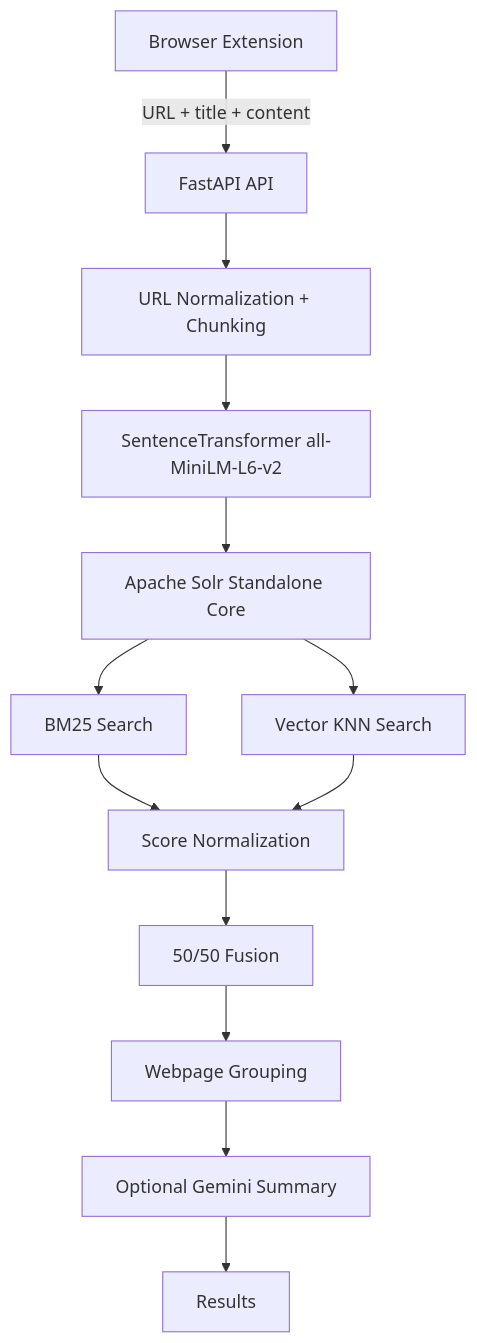
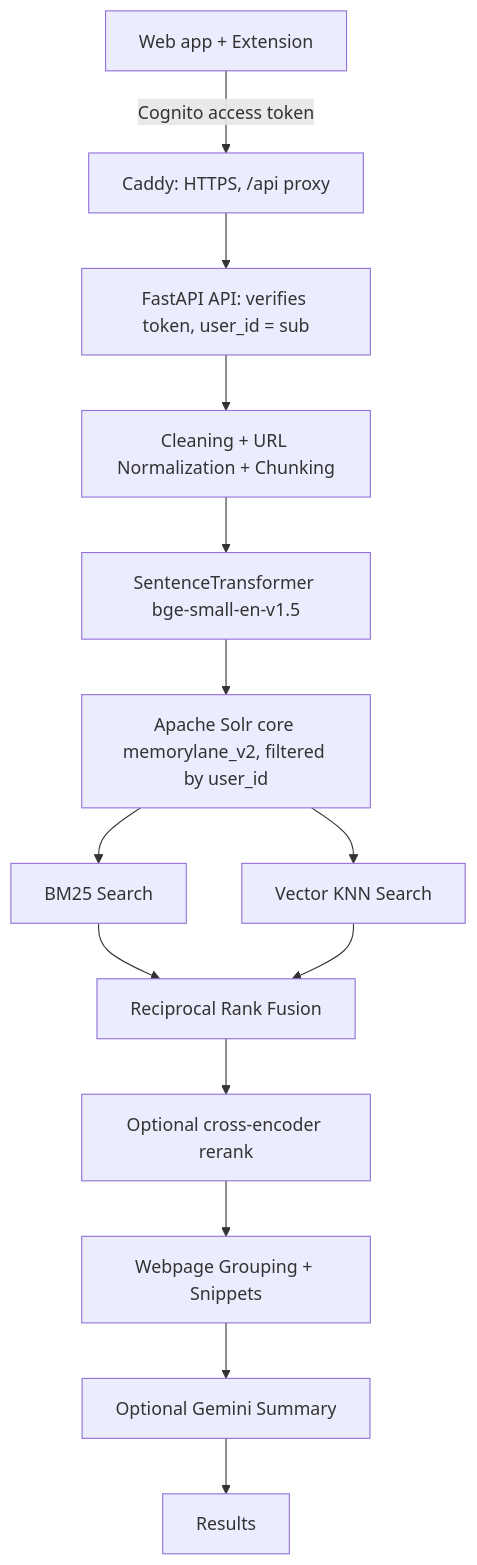
One commit to rabeeh18/ucs503p-202627-MemoryLane changed the diagram in code/src/README.md. Above: the diagram before and after it, drawn with Mermaid. The commit also changed other lines of this file and 8 other files, not shown here.

````diff
--- a/code/src/README.md
+++ b/code/src/README.md
@@ -11,15 +11,16 @@
 ```mermaid
 graph TD
-    A[Browser Extension] -->|URL + title + content| B[FastAPI API]
-    B --> C[URL Normalization + Chunking]
-    C --> D[SentenceTransformer all-MiniLM-L6-v2]
-    D --> E[Apache Solr Standalone Core]
+    X[Web app + Extension] -->|Cognito access token| CA[Caddy: HTTPS, /api proxy]
+    CA --> B[FastAPI API: verifies token, user_id = sub]
+    B --> C[Cleaning + URL Normalization + Chunking]
+    C --> D[SentenceTransformer bge-small-en-v1.5]
+    D --> E[Apache Solr core memorylane_v2, filtered by user_id]
     E --> F[BM25 Search]
     E --> G[Vector KNN Search]
-    F --> H[Score Normalization]
+    F --> H[Reciprocal Rank Fusion]
     G --> H
-    H --> I[50/50 Fusion]
-    I --> J[Webpage Grouping]
+    H --> R[Optional cross-encoder rerank]
+    R --> J[Webpage Grouping + Snippets]
     J --> K[Optional Gemini Summary]
     K --> L[Results]
 ```
````
